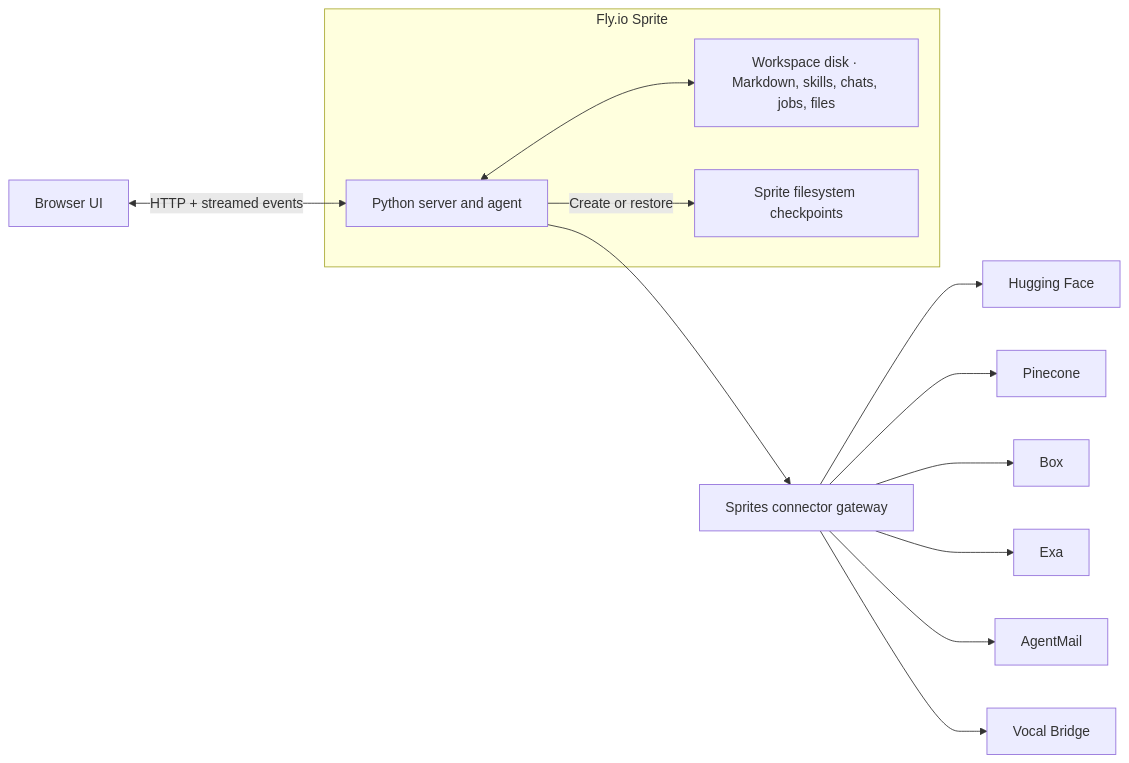
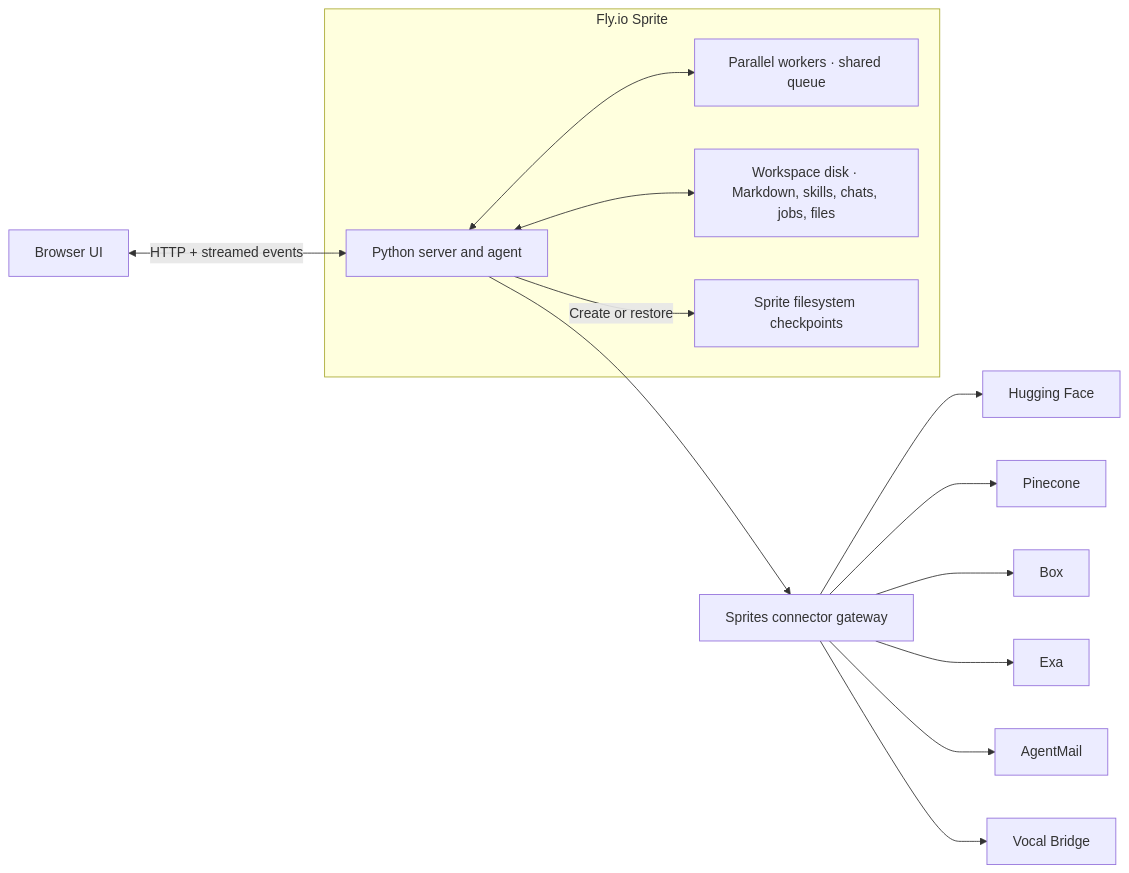
One commit to Xuefeng-Zhu/Hearth changed the diagram in README.md. Above: the diagram before and after it, drawn with Mermaid. The commit also changed other lines of this file and 1 other file, not shown here.

````diff
--- a/README.md
+++ b/README.md
@@ -29,18 +30,20 @@
 ```mermaid
 flowchart LR
     UI["Browser UI"] <-->|"HTTP + streamed events"| App
     subgraph Sprite["Fly.io Sprite"]
         App["Python server and agent"]
+        Workers["Parallel workers · shared queue"]
         Disk["Workspace disk · Markdown, skills, chats, jobs, files"]
         Checkpoints["Sprite filesystem checkpoints"]
         App <--> Disk
+        App <--> Workers
         App -->|Create or restore| Checkpoints
     end
     App --> Gateway["Sprites connector gateway"]
     Gateway --> HF["Hugging Face"]
     Gateway --> PC["Pinecone"]
     Gateway --> Box["Box"]
     Gateway --> Exa["Exa"]
     Gateway --> Mail["AgentMail"]
     Gateway --> Voice["Vocal Bridge"]
 ```
````
